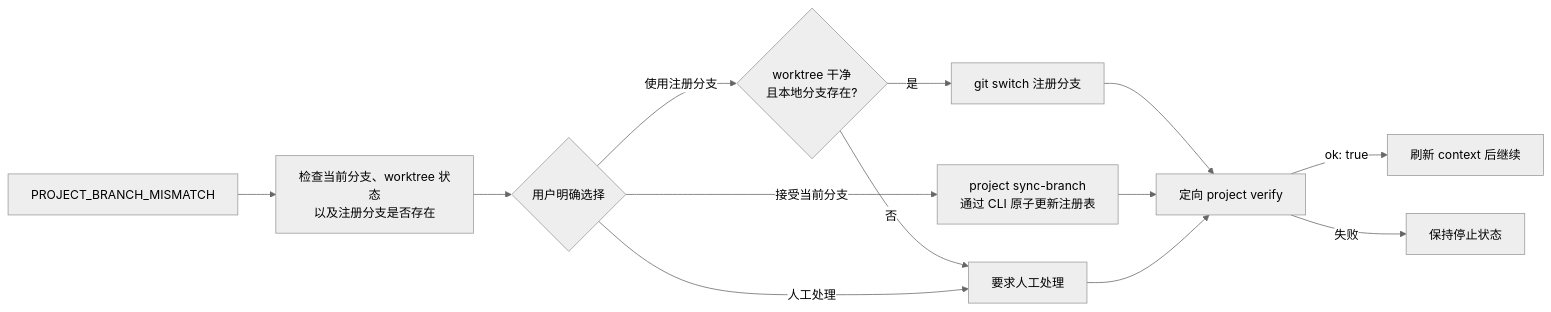
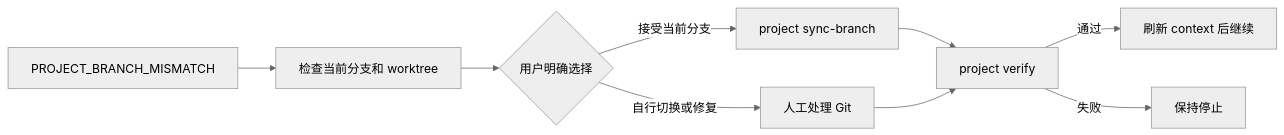
One commit to icebearx-ai/code-workspace changed the fourth of 4 diagrams in docs/openspec-workspace-flow.zh-CN.md. Above: the diagram before and after it, drawn with Mermaid (neutral theme). The commit also changed other lines of this file and 48 other files, not shown here.

````diff
--- a/docs/openspec-workspace-flow.zh-CN.md
+++ b/docs/openspec-workspace-flow.zh-CN.md
@@ -92,19 +84,11 @@
 ```mermaid
 flowchart LR
-    M[PROJECT_BRANCH_MISMATCH] --> I[检查当前分支、worktree 状态<br/>以及注册分支是否存在]
+    M[PROJECT_BRANCH_MISMATCH] --> I[检查当前分支和 worktree]
     I --> C{用户明确选择}
-
-    C -->|使用注册分支| SAFE{worktree 干净<br/>且本地分支存在?}
-    SAFE -- 是 --> GS[git switch 注册分支]
-    SAFE -- 否 --> MANUAL[要求人工处理]
-
-    C -->|接受当前分支| CLI[project sync-branch<br/>通过 CLI 原子更新注册表]
-    C -->|人工处理| MANUAL
-
-    GS --> V[定向 project verify]
-    CLI --> V
+    C -->|接受当前分支| CLI[project sync-branch]
+    C -->|自行切换或修复| MANUAL[人工处理 Git]
+    CLI --> V[project verify]
     MANUAL --> V
-
-    V -->|ok: true| CONTINUE[刷新 context 后继续]
-    V -->|失败| STOP[保持停止状态]
+    V -->|通过| CONTINUE[刷新 context 后继续]
+    V -->|失败| STOP[保持停止]
 ```
````
